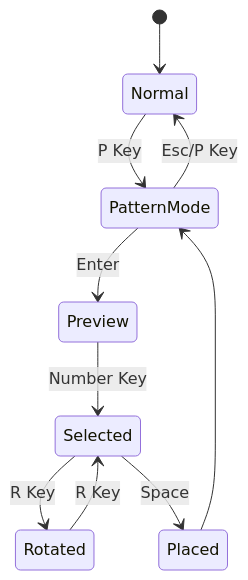
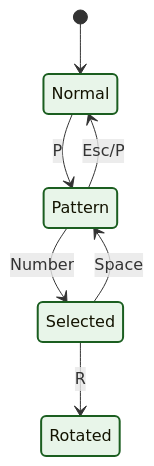
The third of 4 diagrams in docs/diagrams.md (dewe/py-gol), drawn with Mermaid before and after one commit. The commit also changed other lines of this file and 6 other files, not shown here.

````diff
--- a/docs/diagrams.md
+++ b/docs/diagrams.md
@@ -181,16 +78,12 @@
 ```mermaid
 stateDiagram-v2
     [*] --> Normal
-    Normal --> PatternMode: P Key
-    PatternMode --> Preview: Enter
-    Preview --> Selected: Number Key
-    Selected --> Rotated: R Key
-    Rotated --> Selected: R Key
-    Selected --> Placed: Space
-    Placed --> PatternMode
-    PatternMode --> Normal: Esc/P Key
+    Normal --> Pattern: P
+    Pattern --> Selected: Number
+    Selected --> Rotated: R
+    Selected --> Pattern: Space
+    Pattern --> Normal: Esc/P
 
-    %% Styling
-    classDef state fill:#e8f5e9,stroke:#1b5e20,stroke-width:2px;
-    class Normal,PatternMode,Preview,Selected,Rotated,Placed state;
+    classDef state fill:#e8f5e9,stroke:#1b5e20,stroke-width:2px
+    class Normal,Pattern,Selected,Rotated state
 ```
````
